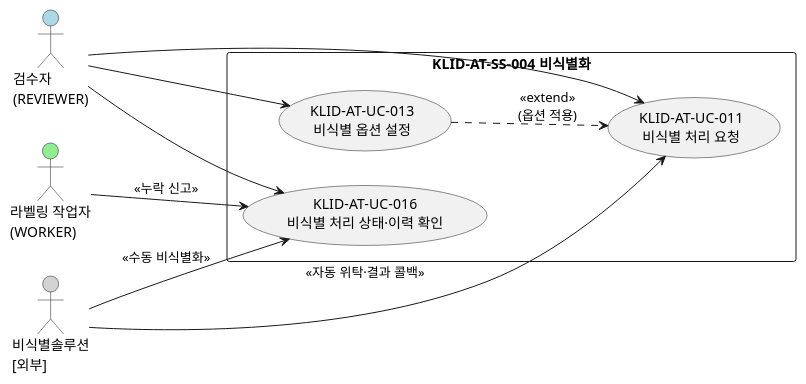
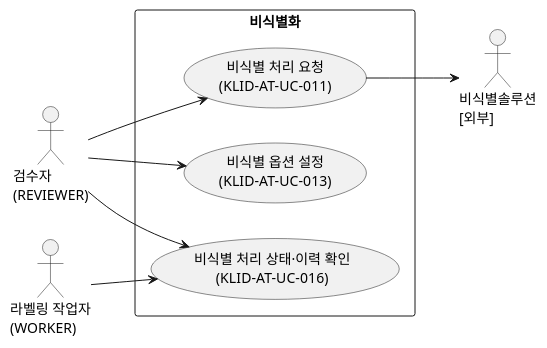
Before and after one commit to New-stella/klid-label: the third of 5 diagrams in docs/design/R2-유스케이스명세서.md, drawn with PlantUML. The commit also changed other lines of this file and 7 other files, not shown here.

````diff
--- a/docs/design/R2-유스케이스명세서.md
+++ b/docs/design/R2-유스케이스명세서.md
@@ -165,24 +103,19 @@
 ```plantuml
-@startuml KLID-AT-UCD-004
+@startuml
 left to right direction
 skinparam packageStyle rectangle
-
-actor "검수자\n(REVIEWER)" as REVIEWER #LightBlue
-actor "라벨링 작업자\n(WORKER)" as WORKER #LightGreen
-actor "비식별솔루션\n[외부]" as DEIDENT #LightGray
-
-rectangle "KLID-AT-SS-004 비식별화" {
-  usecase "KLID-AT-UC-011\n비식별 처리 요청" as UC011
-  usecase "KLID-AT-UC-013\n비식별 옵션 설정" as UC013
-  usecase "KLID-AT-UC-016\n비식별 처리 상태·이력 확인" as UC016
+actor "검수자\n(REVIEWER)" as REVIEWER
+actor "라벨링 작업자\n(WORKER)" as WORKER
+actor "비식별솔루션\n[외부]" as DEID
+rectangle "비식별화" {
+  usecase "비식별 처리 요청\n(KLID-AT-UC-011)" as UC11
+  usecase "비식별 옵션 설정\n(KLID-AT-UC-013)" as UC13
+  usecase "비식별 처리 상태·이력 확인\n(KLID-AT-UC-016)" as UC16
 }
-
-REVIEWER --> UC011
-REVIEWER --> UC013
-REVIEWER --> UC016
-WORKER --> UC016 : <<누락 신고>>
-DEIDENT --> UC011 : <<자동 위탁·결과 콜백>>
-DEIDENT --> UC016 : <<수동 비식별화>>
-UC013 ..> UC011 : <<extend>>\n(옵션 적용)
+REVIEWER --> UC11
+REVIEWER --> UC13
+REVIEWER --> UC16
+WORKER --> UC16
+UC11 --> DEID
 @enduml
 ```
````
